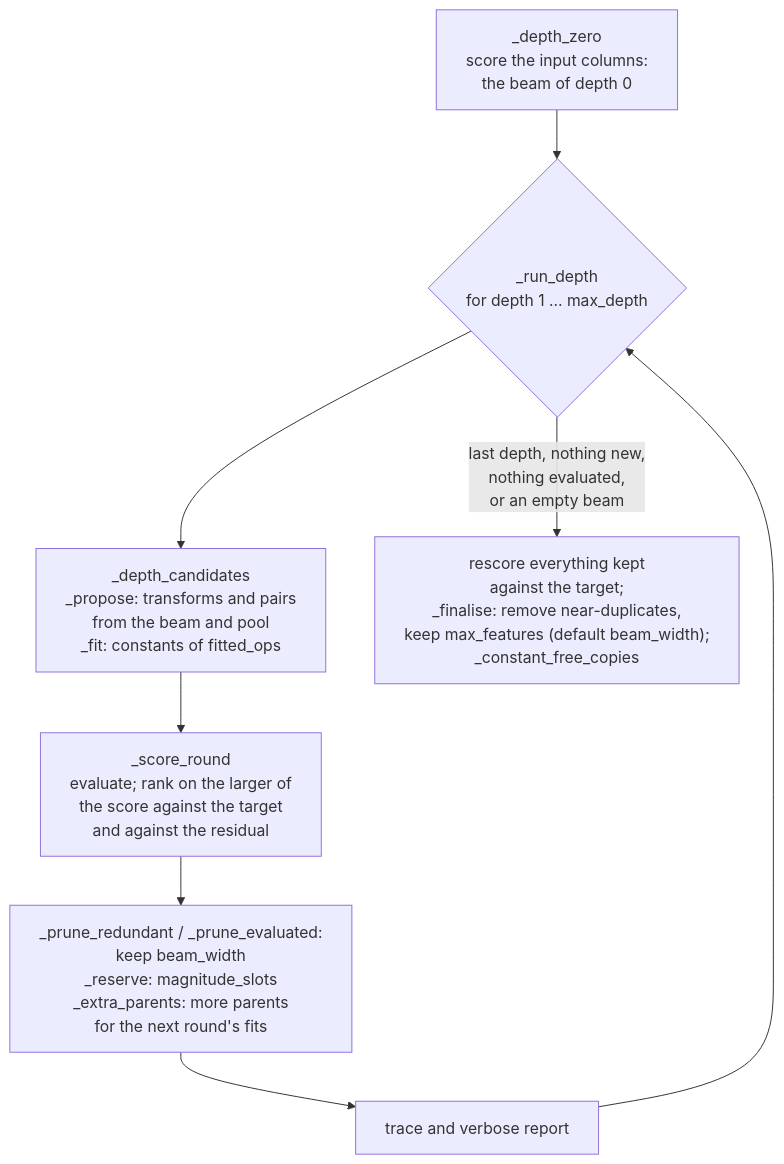
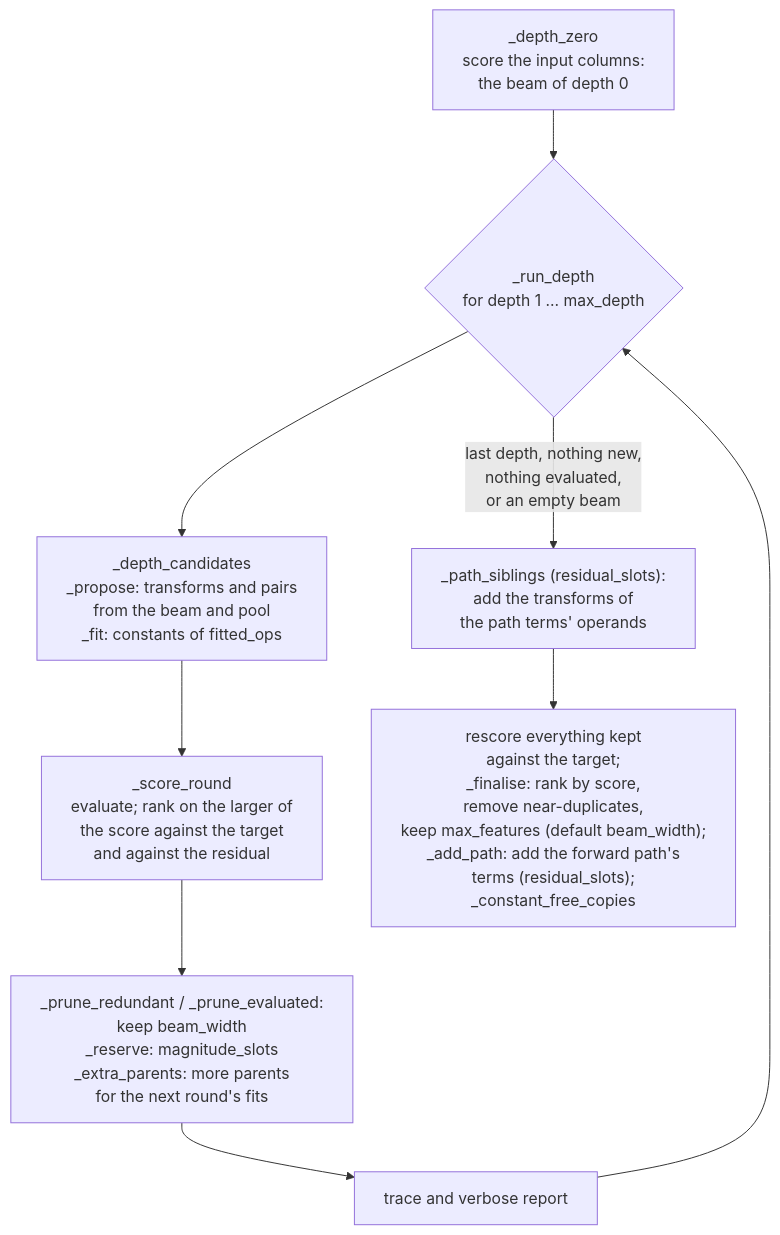
The second of 3 diagrams in ARCHITECTURE.md (LD-Shell/beamfeat), drawn with Mermaid before and after one commit. The commit also changed other lines of this file and 21 other files, not shown here.

Commit message:
docs: 0.8.0 options, the parsimony_alpha hint, and the residual_slots null study

````diff
--- a/ARCHITECTURE.md
+++ b/ARCHITECTURE.md
@@ -70,16 +73,17 @@
 ```mermaid
 ---
 config:
   flowchart:
     wrappingWidth: 600
 ---
 flowchart TD
     zero["_depth_zero<br/>score the input columns:<br/>the beam of depth 0"]
     zero --> depth{"_run_depth<br/>for depth 1 … max_depth"}
     depth --> cand["_depth_candidates<br/>_propose: transforms and pairs<br/>from the beam and pool<br/>_fit: constants of fitted_ops"]
     cand --> score["_score_round<br/>evaluate; rank on the larger of<br/>the score against the target<br/>and against the residual"]
     score --> keep["_prune_redundant / _prune_evaluated:<br/>keep beam_width<br/>_reserve: magnitude_slots<br/>_extra_parents: more parents<br/>for the next round's fits"]
     keep --> record["trace and verbose report"]
     record --> depth
-    depth -->|"last depth, nothing new,<br/>nothing evaluated,<br/>or an empty beam"| fin["rescore everything kept<br/>against the target;<br/>_finalise: remove near-duplicates,<br/>keep max_features (default beam_width);<br/>_constant_free_copies"]
+    depth -->|"last depth, nothing new,<br/>nothing evaluated,<br/>or an empty beam"| sib["_path_siblings (residual_slots):<br/>add the transforms of<br/>the path terms' operands"]
+    sib --> fin["rescore everything kept<br/>against the target;<br/>_finalise: rank by score,<br/>remove near-duplicates,<br/>keep max_features (default beam_width);<br/>_add_path: add the forward path's<br/>terms (residual_slots);<br/>_constant_free_copies"]
 ```
````
